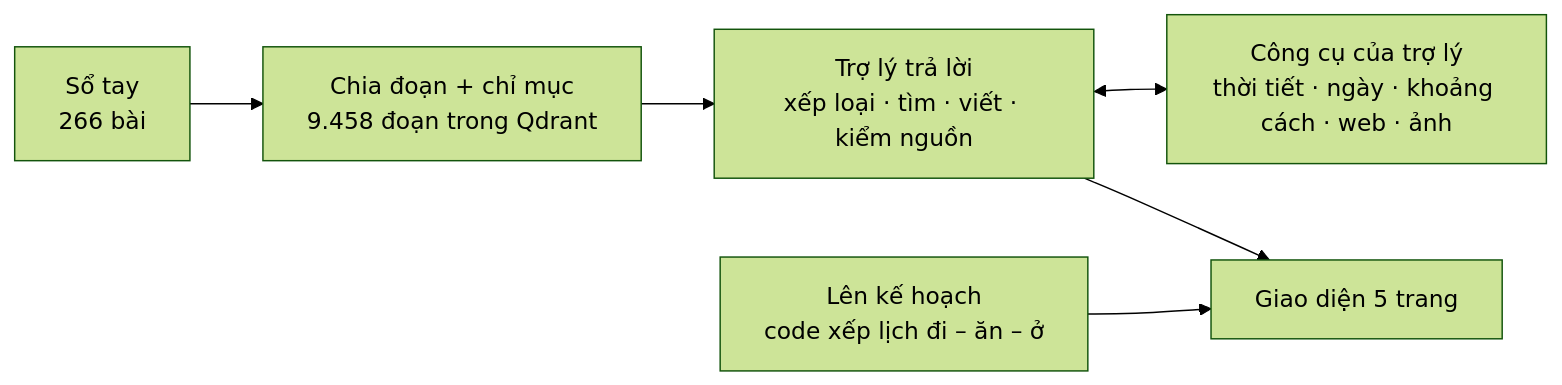
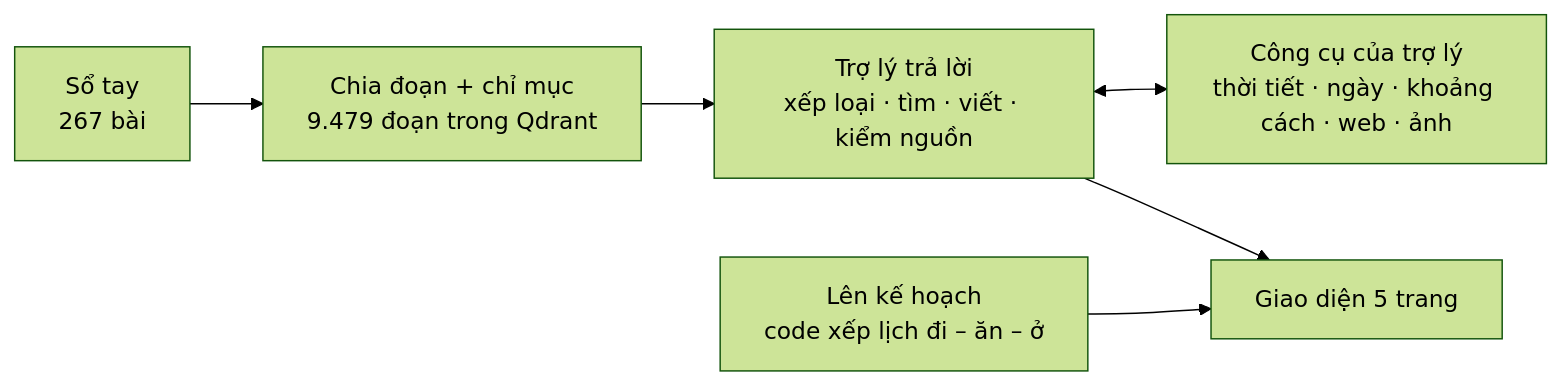
One commit to Sunny-sunnyy/chatbot-hue changed the diagram in bai_hoc/BAN_DO_DU_AN.md. Above: the diagram before and after it, drawn with Mermaid (forest theme). The commit also changed other lines of this file and 5 other files, not shown here.

````diff
--- a/bai_hoc/BAN_DO_DU_AN.md
+++ b/bai_hoc/BAN_DO_DU_AN.md
@@ -44,8 +44,8 @@
 ```mermaid
 flowchart LR
-    K["Sổ tay<br/>266 bài"] --> Q["Chia đoạn + chỉ mục<br/>9.458 đoạn trong Qdrant"]
+    K["Sổ tay<br/>267 bài"] --> Q["Chia đoạn + chỉ mục<br/>9.479 đoạn trong Qdrant"]
     Q --> T["Trợ lý trả lời<br/>xếp loại · tìm · viết · kiểm nguồn"]
     T <--> C["Công cụ của trợ lý<br/>thời tiết · ngày · khoảng cách · web · ảnh"]
     L["Lên kế hoạch<br/>code xếp lịch đi – ăn – ở"] --> G["Giao diện 5 trang"]
     T --> G
 ```
````
